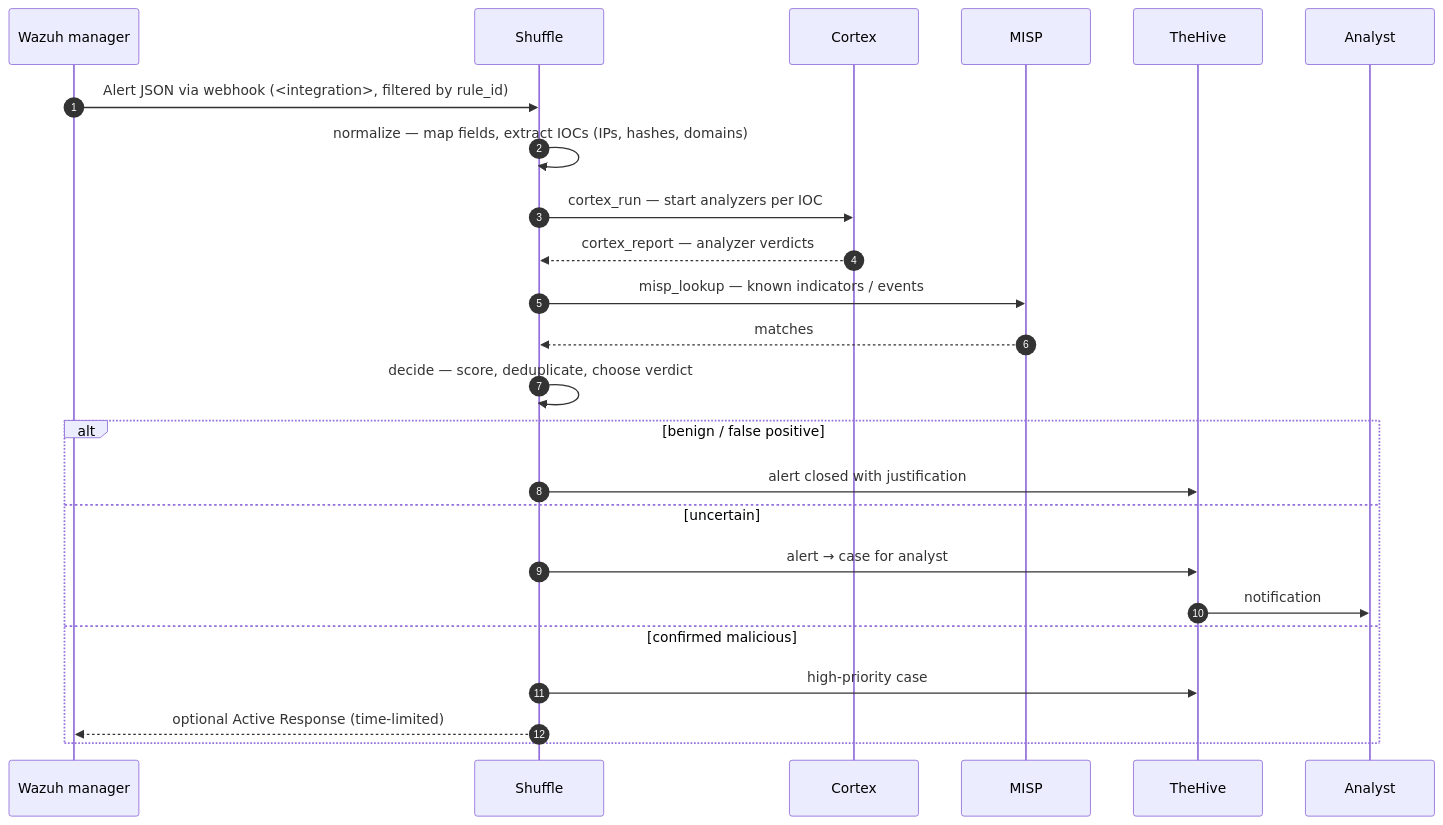
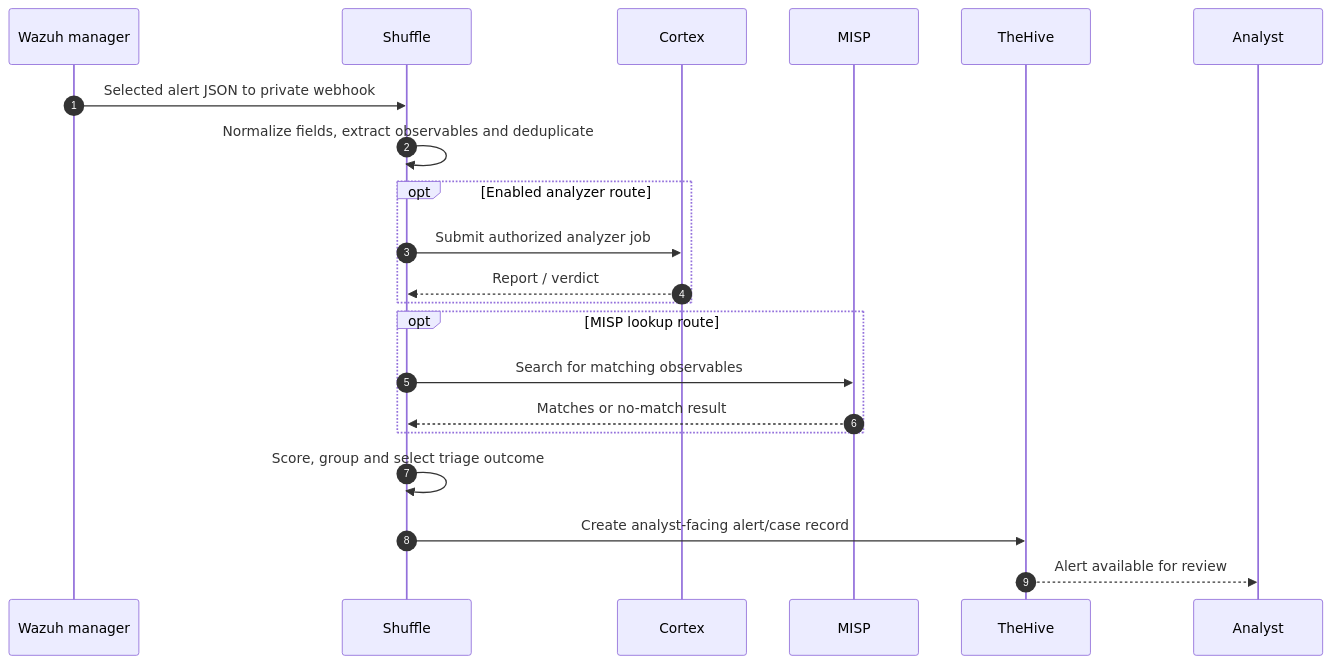
The second of 2 diagrams in docs/architecture.md (Solivagantaeon/soc-automation-lab), drawn with Mermaid before and after one commit. The commit also changed other lines of this file and 4 other files, not shown here.

````diff
--- a/docs/architecture.md
+++ b/docs/architecture.md
@@ -5,27 +56,23 @@
 ```mermaid
 sequenceDiagram
     autonumber
     participant W as Wazuh manager
     participant S as Shuffle
     participant C as Cortex
     participant M as MISP
     participant T as TheHive
     participant A as Analyst
-
-    W->>S: Alert JSON via webhook (<integration>, filtered by rule_id)
-    S->>S: normalize — map fields, extract IOCs (IPs, hashes, domains)
-    S->>C: cortex_run — start analyzers per IOC
-    C-->>S: cortex_report — analyzer verdicts
-    S->>M: misp_lookup — known indicators / events
-    M-->>S: matches
-    S->>S: decide — score, deduplicate, choose verdict
-    alt benign / false positive
-        S->>T: alert closed with justification
-    else uncertain
-        S->>T: alert → case for analyst
-        T->>A: notification
-    else confirmed malicious
-        S->>T: high-priority case
-        S-->>W: optional Active Response (time-limited)
+    W->>S: Selected alert JSON to private webhook
+    S->>S: Normalize fields, extract observables and deduplicate
+    opt Enabled analyzer route
+        S->>C: Submit authorized analyzer job
+        C-->>S: Report / verdict
     end
+    opt MISP lookup route
+        S->>M: Search for matching observables
+        M-->>S: Matches or no-match result
+    end
+    S->>S: Score, group and select triage outcome
+    S->>T: Create analyst-facing alert/case record
+    T-->>A: Alert available for review
 ```
````
